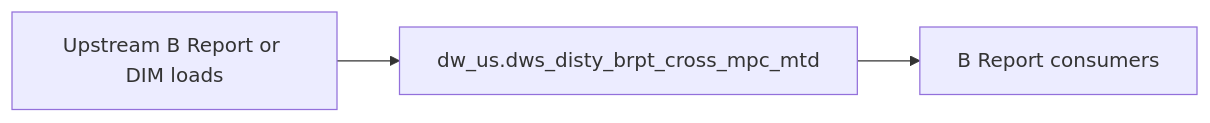
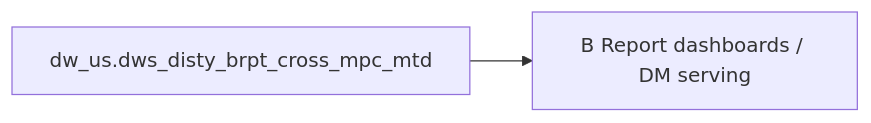
Before and after one commit to chengduhaha/data_agent: the diagram in backend/defaults/b_report/workspace/target/knowledgebase/b-report-us/dws_disty_brpt_cross_mpc_mtd.md, drawn with Mermaid. The commit also changed other lines of this file and 1108 other files, not shown here.

````diff
--- a/backend/defaults/b_report/workspace/target/knowledgebase/b-report-us/dws_disty_brpt_cross_mpc_mtd.md
+++ b/backend/defaults/b_report/workspace/target/knowledgebase/b-report-us/dws_disty_brpt_cross_mpc_mtd.md
@@ -161,8 +282,6 @@
 ```mermaid
 flowchart LR
-  upstream[Upstream B Report or DIM loads]
-  tgt["dw_us.dws_disty_brpt_cross_mpc_mtd"]
-  brpt[B Report consumers]
-  upstream --> tgt
-  tgt --> brpt
+  dw_us_dws_disty_brpt_cross_mpc_mtd["dw_us.dws_disty_brpt_cross_mpc_mtd"]
+  consumers["B Report dashboards / DM serving"]
+  dw_us_dws_disty_brpt_cross_mpc_mtd --> consumers
 ```
````
